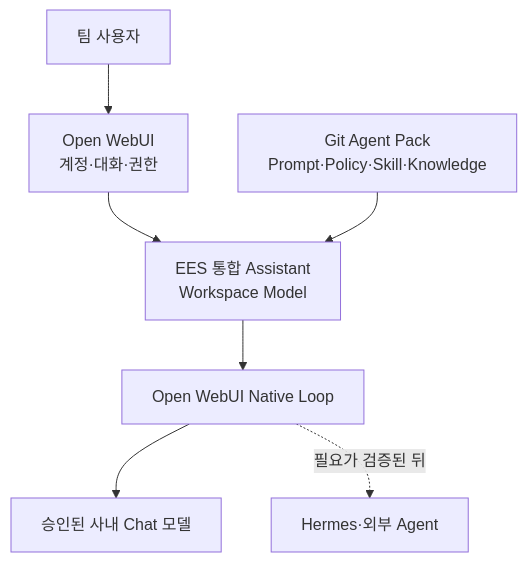
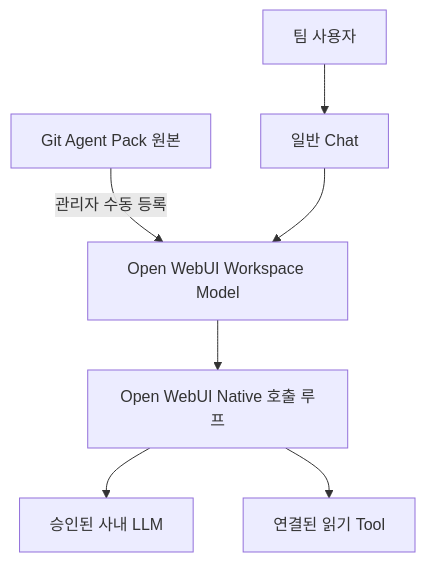
Before and after one commit to knadalkim-a11y/team-agent-poc: the diagram in README.md, drawn with Mermaid. The commit also changed other lines of this file and 13 other files, not shown here.

````diff
--- a/README.md
+++ b/README.md
@@ -11,9 +35,9 @@
 ```mermaid
 flowchart TB
-    User["팀 사용자"] --> WebUI["Open WebUI<br/>계정·대화·권한"]
-    WebUI --> Assistant["EES 통합 Assistant<br/>Workspace Model"]
-    Pack["Git Agent Pack<br/>Prompt·Policy·Skill·Knowledge"] --> Assistant
-    Assistant --> Native["Open WebUI Native Loop"]
-    Native --> LLM["승인된 사내 Chat 모델"]
-    Native -. "필요가 검증된 뒤" .-> External["Hermes·외부 Agent"]
+    Git["Git Agent Pack 원본"] -->|"관리자 수동 등록"| Preset["Open WebUI Workspace Model"]
+    User["팀 사용자"] --> Chat["일반 Chat"]
+    Chat --> Preset
+    Preset --> Loop["Open WebUI Native 호출 루프"]
+    Loop --> Model["승인된 사내 LLM"]
+    Loop --> Tool["연결된 읽기 Tool"]
 ```
````
